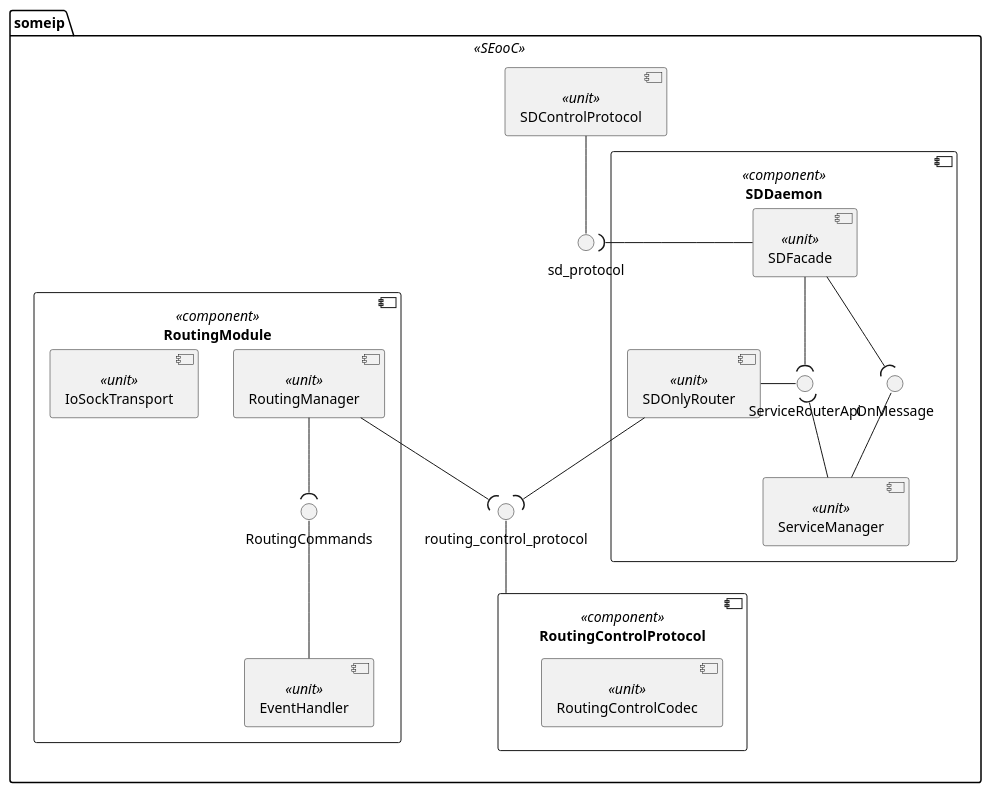
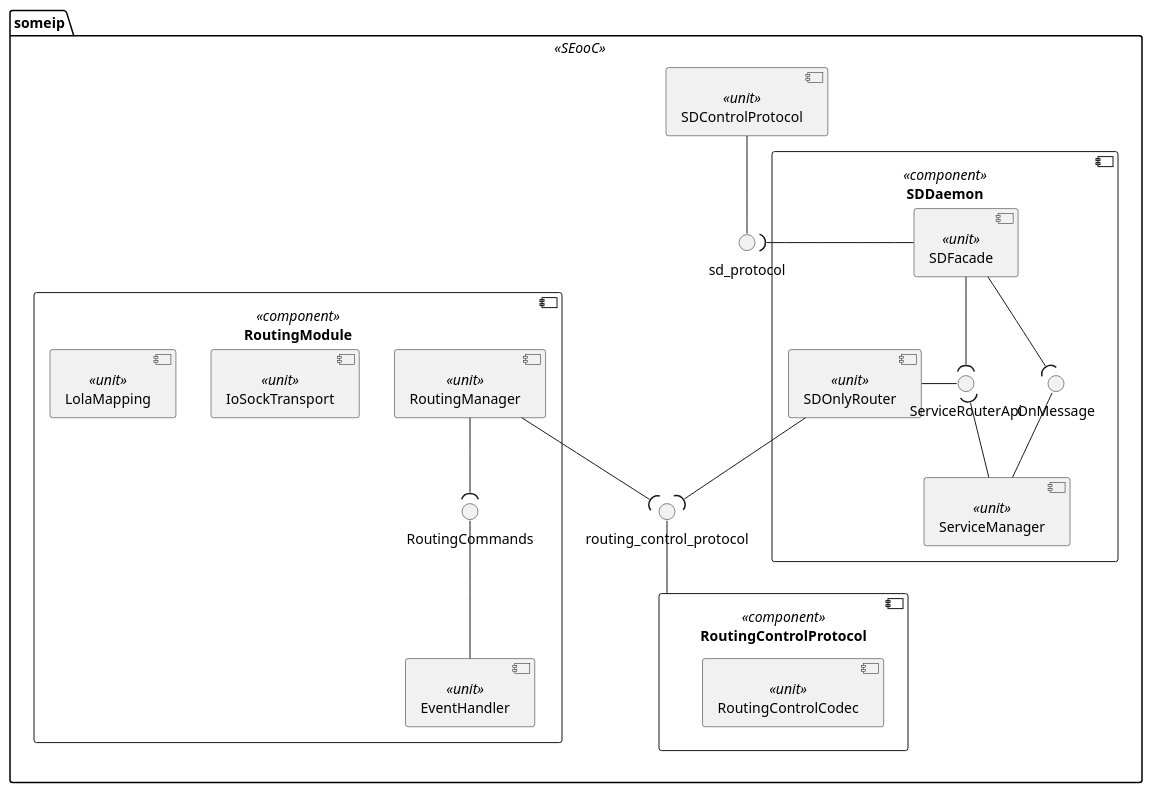
The diagram in score/someip/dependability/architectural_design/static_design/overall.puml (eclipse-score/communication), drawn with PlantUML before and after one commit. The commit also changed 9 other files, not shown here.

First line of the commit message:
someip: add LoLa mapping unit

```diff
--- a/score/someip/dependability/architectural_design/static_design/overall.puml
+++ b/score/someip/dependability/architectural_design/static_design/overall.puml
@@ -13,47 +13,48 @@
 @startuml SomeIp_StaticDesign
 
 package someip <<SEooC>> {
 
   component SDControlProtocol <<unit>>
   component RoutingControlProtocol <<component>> {
     component RoutingControlCodec <<unit>>
   }
 
 
   interface sd_protocol
   interface routing_control_protocol
 
   RoutingControlProtocol -u- routing_control_protocol
   SDControlProtocol -d- sd_protocol
 
   component SDDaemon <<component>> {
     component ServiceManager <<unit>>
     component SDFacade <<unit>>
     component SDOnlyRouter <<unit>>
 
     interface OnMessage
     interface ServiceRouterApi
 
     SDFacade --( OnMessage
     ServiceManager -u- OnMessage
     SDFacade --( ServiceRouterApi
     ServiceManager -l-( ServiceRouterApi
     SDOnlyRouter -r- ServiceRouterApi
     SDOnlyRouter --( routing_control_protocol
     SDFacade -l-( sd_protocol
   }
 
   component RoutingModule <<component>> {
     component EventHandler <<unit>>
     component RoutingManager <<unit>>
     component IoSockTransport <<unit>>
+    component LolaMapping <<unit>>
 
     interface RoutingCommands
 
     EventHandler -u- RoutingCommands
     RoutingManager --( RoutingCommands
     RoutingManager --( routing_control_protocol
   }
 }
 
 @enduml
```
